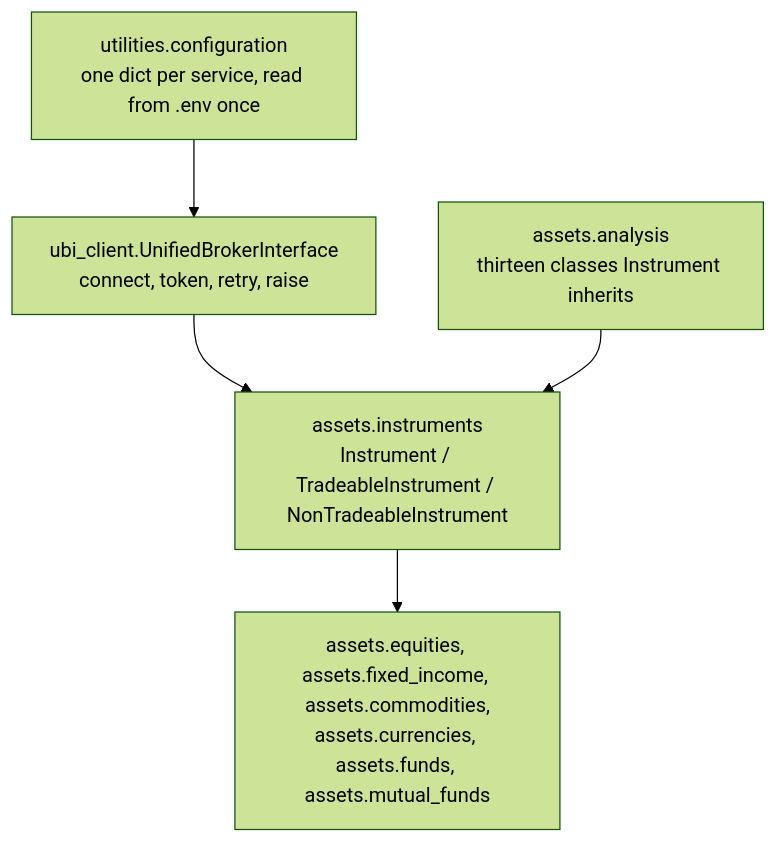
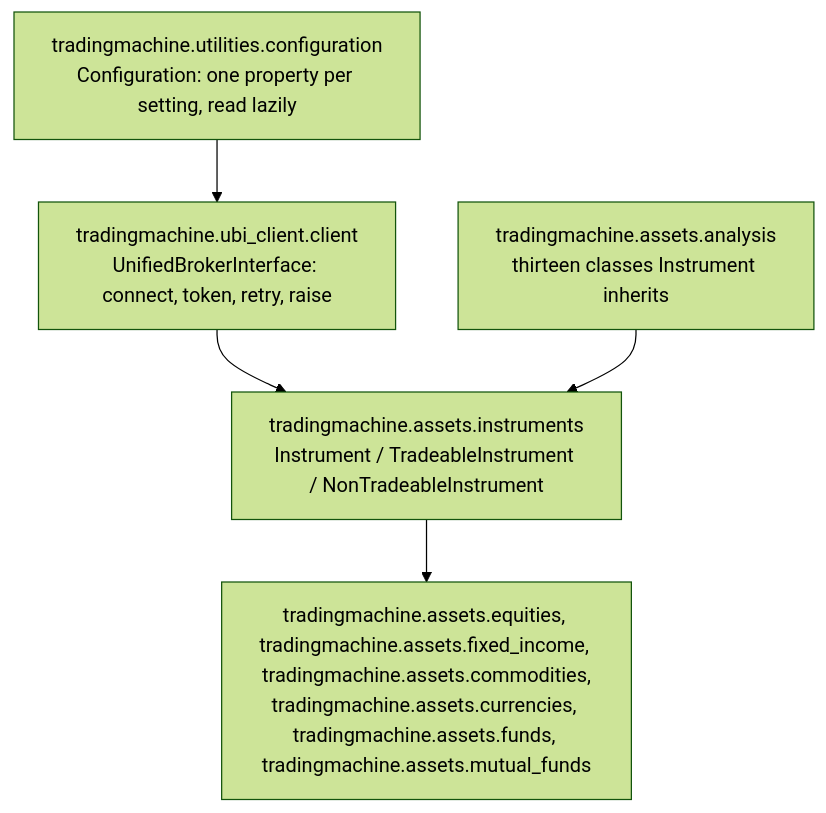
Before and after one commit to pramodathani/tradingmachine: the diagram in docs/architecture/index.md, drawn with Mermaid (forest theme). The commit also changed other lines of this file and 26 other files, not shown here.

````diff
--- a/docs/architecture/index.md
+++ b/docs/architecture/index.md
@@ -6,13 +6,13 @@
 ```mermaid
 flowchart TD
-    CONFIG["utilities.configuration<br/>one dict per service, read from .env once"]
-    CLIENT["ubi_client.UnifiedBrokerInterface<br/>connect, token, retry, raise"]
-    INSTR["assets.instruments<br/>Instrument / TradeableInstrument / NonTradeableInstrument"]
-    ANALYSIS["assets.analysis<br/>thirteen classes Instrument inherits"]
-    FAMILIES["assets.equities, assets.fixed_income, assets.commodities,<br/>assets.currencies, assets.funds, assets.mutual_funds"]
+    CONFIG["tradingmachine.utilities.configuration<br/>Configuration: one property per setting, read lazily"]
+    CLIENT["tradingmachine.ubi_client.client<br/>UnifiedBrokerInterface: connect, token, retry, raise"]
+    INSTR["tradingmachine.assets.instruments<br/>Instrument / TradeableInstrument / NonTradeableInstrument"]
+    ANALYSIS["tradingmachine.assets.analysis<br/>thirteen classes Instrument inherits"]
+    FAMILIES["tradingmachine.assets.equities, tradingmachine.assets.fixed_income, tradingmachine.assets.commodities,<br/>tradingmachine.assets.currencies, tradingmachine.assets.funds, tradingmachine.assets.mutual_funds"]
 
     CONFIG --> CLIENT
     CLIENT --> INSTR
     ANALYSIS --> INSTR
     INSTR --> FAMILIES
 ```
````
